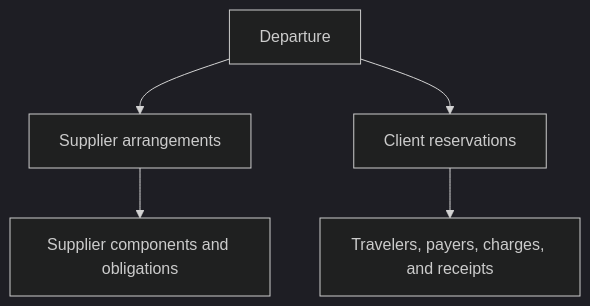
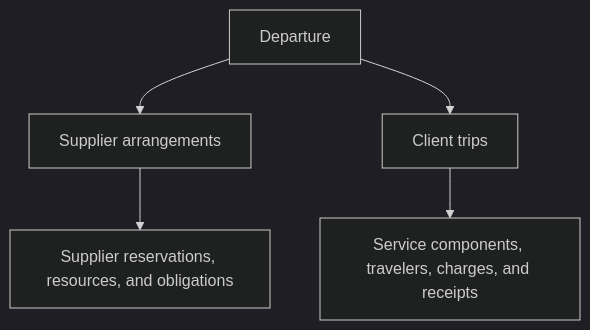
The diagram in README.md (tswarren/DepartureDesk), drawn with Mermaid (dark theme) before and after one commit. The commit also changed other lines of this file and 5 other files, not shown here.

````diff
--- a/README.md
+++ b/README.md
@@ -20,8 +20,8 @@
 ```mermaid
 flowchart TD
     D[Departure]
     D --> SA[Supplier arrangements]
-    D --> CR[Client reservations]
-    SA --> SC[Supplier components and obligations]
-    CR --> TP[Travelers, payers, charges, and receipts]
+    D --> CT[Client trips]
+    SA --> SR[Supplier reservations, resources, and obligations]
+    CT --> SC[Service components, travelers, charges, and receipts]
 ```
````
